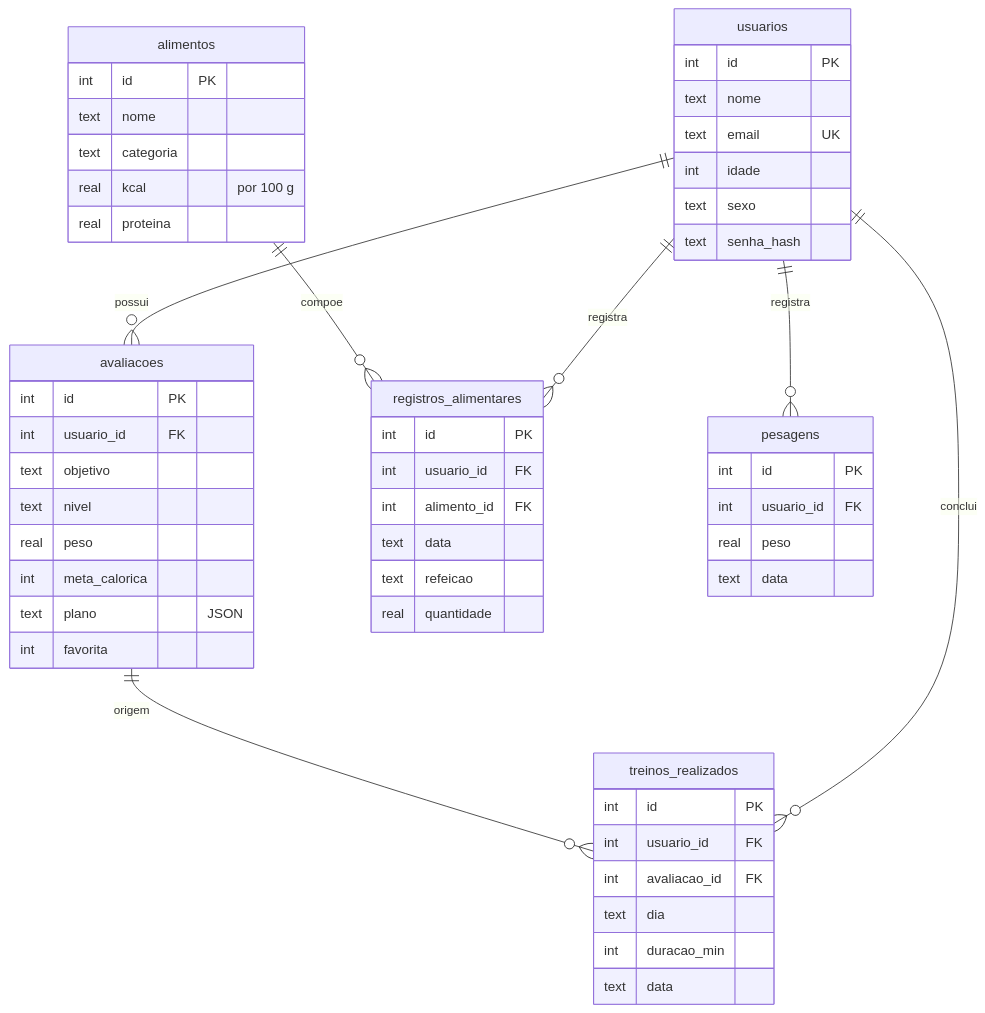
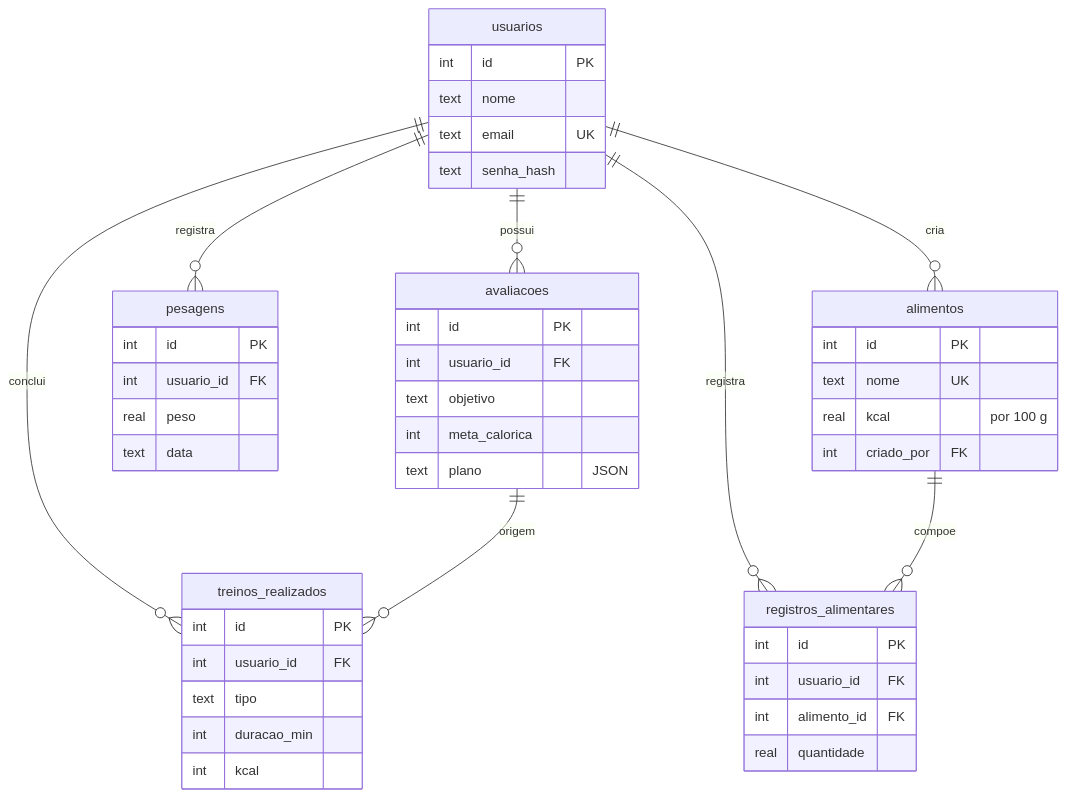
Before and after one commit to pbritodev/treino-certo: the second of 2 diagrams in README.md, drawn with Mermaid. The commit also changed other lines of this file and 3 other files, not shown here.

````diff
--- a/README.md
+++ b/README.md
@@ -253,45 +165,37 @@
 ```mermaid
 erDiagram
     usuarios ||--o{ avaliacoes : possui
     usuarios ||--o{ registros_alimentares : registra
     usuarios ||--o{ pesagens : registra
     usuarios ||--o{ treinos_realizados : conclui
+    usuarios ||--o{ alimentos : cria
     avaliacoes ||--o{ treinos_realizados : origem
     alimentos ||--o{ registros_alimentares : compoe
 
     usuarios { int id PK
                text nome
                text email UK
-               int idade
-               text sexo
                text senha_hash }
     avaliacoes { int id PK
                  int usuario_id FK
                  text objetivo
-                 text nivel
-                 real peso
                  int meta_calorica
-                 text plano "JSON"
-                 int favorita }
+                 text plano "JSON" }
     alimentos { int id PK
-                text nome
-                text categoria
+                text nome UK
                 real kcal "por 100 g"
-                real proteina }
+                int criado_por FK }
     registros_alimentares { int id PK
                             int usuario_id FK
                             int alimento_id FK
-                            text data
-                            text refeicao
                             real quantidade }
     pesagens { int id PK
                int usuario_id FK
                real peso
                text data }
     treinos_realizados { int id PK
                          int usuario_id FK
-                         int avaliacao_id FK
-                         text dia
+                         text tipo
                          int duracao_min
-                         text data }
+                         int kcal }
 ```
````
